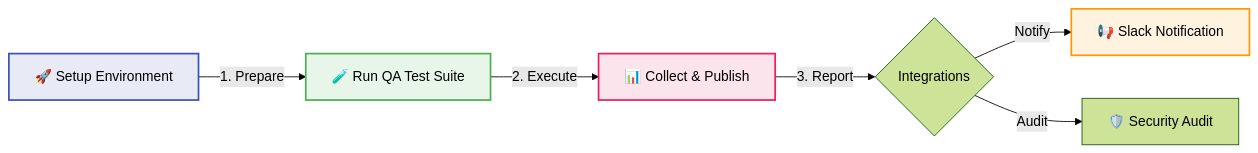
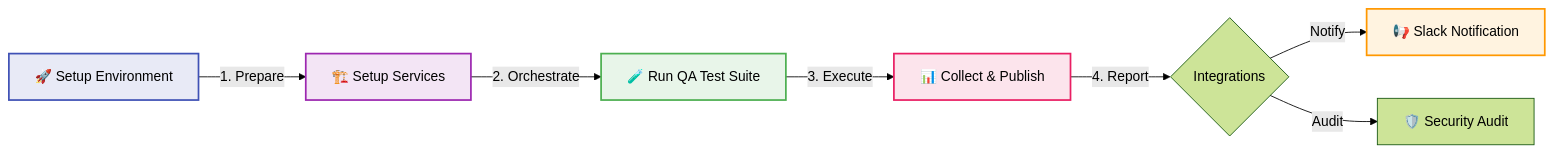
Before and after one commit to carlos-camara/qa-hub-actions: the diagram in README.md, drawn with Mermaid (forest theme). The commit also changed other lines of this file and 6 other files, not shown here.

Commit message:
feat: add setup-services action and decouple service startup from run-tests

````diff
--- a/README.md
+++ b/README.md
@@ -29,13 +29,15 @@
 ```mermaid
 graph LR
-    A["🚀 Setup Environment"] -- 1. Prepare --> B["🧪 Run QA Test Suite"]
-    B -- 2. Execute --> C["📊 Collect & Publish"]
-    C -- 3. Report --> D{"Integrations"}
-    D -- Notify --> E["📢 Slack Notification"]
-    D -- Audit --> F["🛡️ Security Audit"]
+    A["🚀 Setup Environment"] -- 1. Prepare --> B["🏗️ Setup Services"]
+    B -- 2. Orchestrate --> C["🧪 Run QA Test Suite"]
+    C -- 3. Execute --> D["📊 Collect & Publish"]
+    D -- 4. Report --> E{"Integrations"}
+    E -- Notify --> F["📢 Slack Notification"]
+    E -- Audit --> G["🛡️ Security Audit"]
     
     style A fill:#e8eaf6,stroke:#3f51b5,stroke-width:2px
-    style B fill:#e8f5e9,stroke:#4caf50,stroke-width:2px
-    style C fill:#fce4ec,stroke:#e91e63,stroke-width:2px
-    style E fill:#fff3e0,stroke:#ff9800,stroke-width:2px
+    style B fill:#f3e5f5,stroke:#9c27b0,stroke-width:2px
+    style C fill:#e8f5e9,stroke:#4caf50,stroke-width:2px
+    style D fill:#fce4ec,stroke:#e91e63,stroke-width:2px
+    style F fill:#fff3e0,stroke:#ff9800,stroke-width:2px
 ```
````
